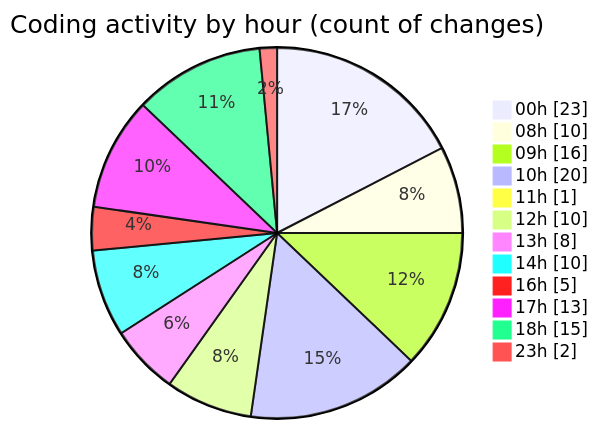
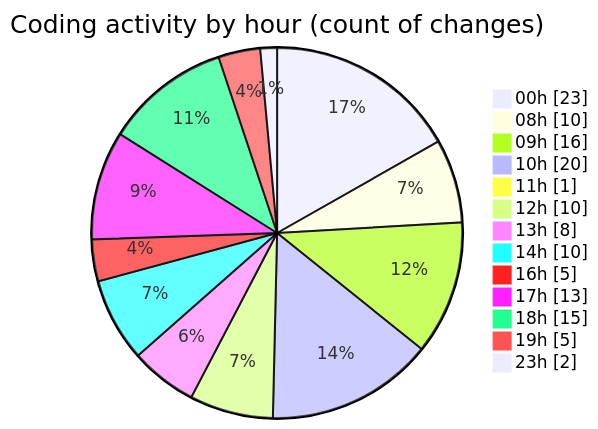
Before and after one commit to Elitesun/code-tracking: the second of 2 diagrams in 2025-05-29/advertise/README.md, drawn with Mermaid. The commit also changed other lines of this file and 1 other file, not shown here.

````diff
--- a/2025-05-29/advertise/README.md
+++ b/2025-05-29/advertise/README.md
@@ -45,16 +47,17 @@
 ```mermaid
 pie showData
 title Coding activity by hour (count of changes)
 "00h" : 23
 "08h" : 10
 "09h" : 16
 "10h" : 20
 "11h" : 1
 "12h" : 10
 "13h" : 8
 "14h" : 10
 "16h" : 5
 "17h" : 13
 "18h" : 15
+"19h" : 5
 "23h" : 2
 ```
````
